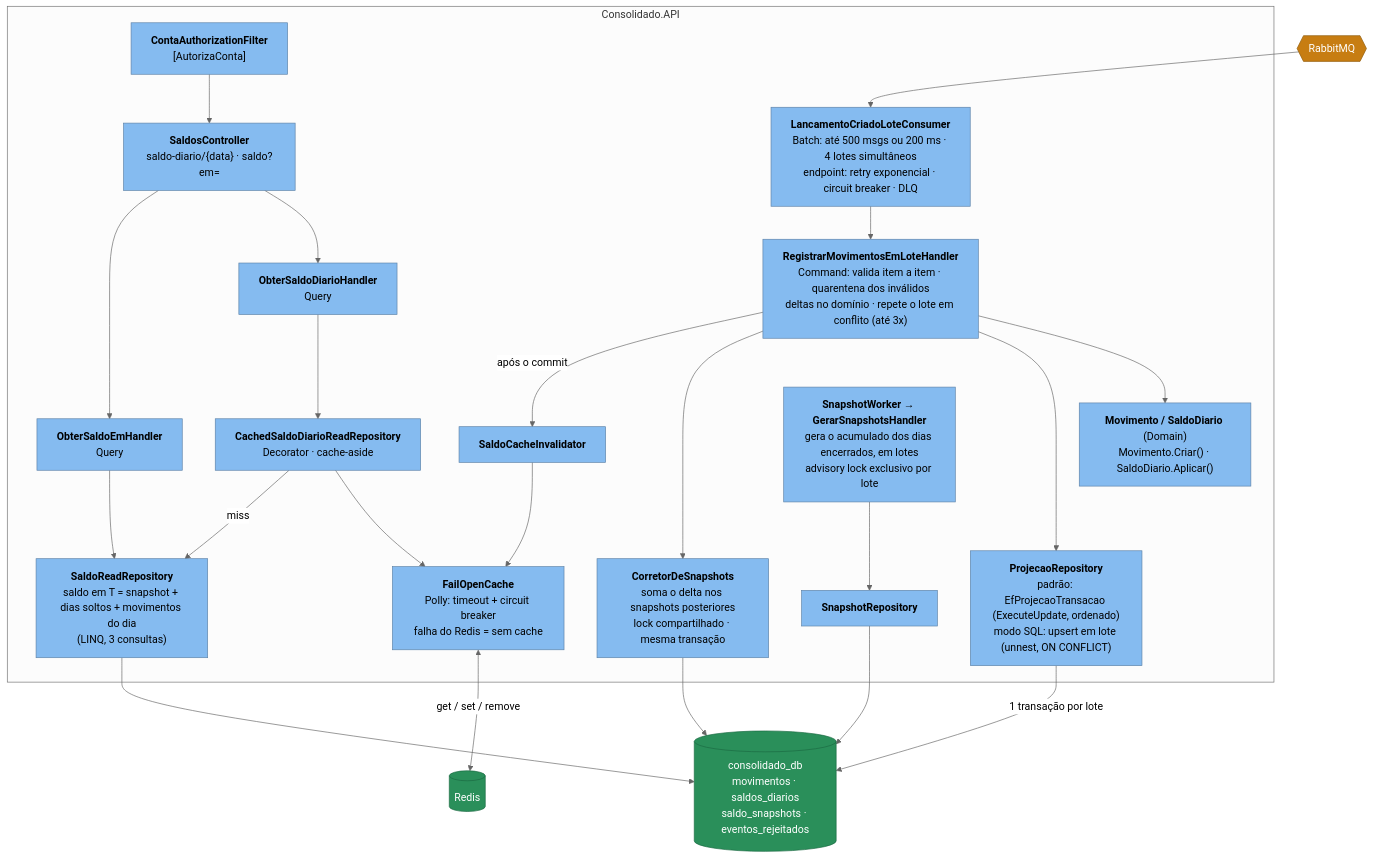
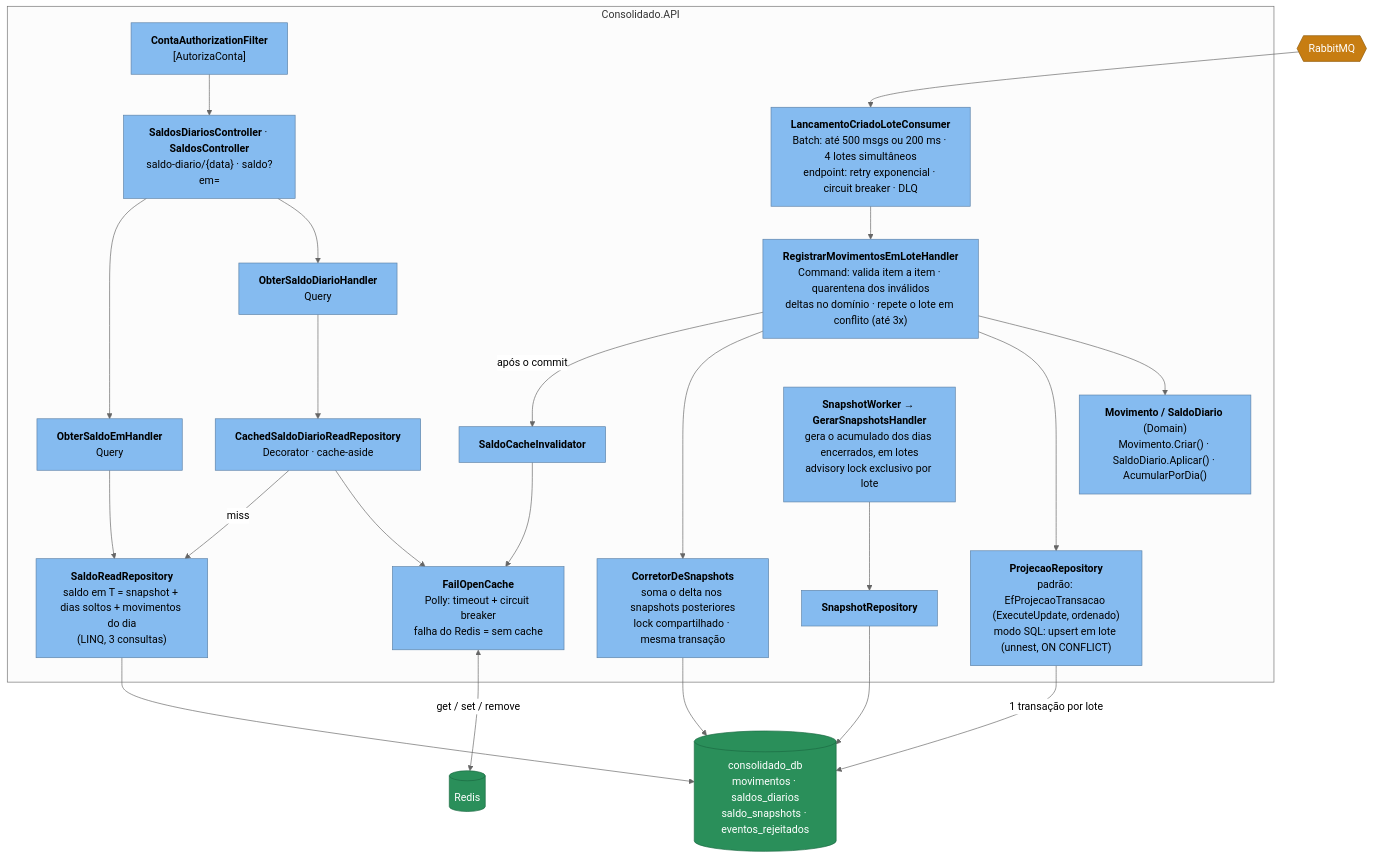
One commit to luisclaudiogp/desafio-verx changed the third of 3 diagrams in docs/c4/02-componentes.md. Above: the diagram before and after it, drawn with Mermaid (neutral theme). The commit also changed 45 other files, not shown here.

````diff
--- a/docs/c4/02-componentes.md
+++ b/docs/c4/02-componentes.md
@@ -94,42 +94,42 @@
 ```mermaid
 flowchart TB
     mq{{"RabbitMQ"}}
     subgraph api["Consolidado.API"]
         filtro["<b>ContaAuthorizationFilter</b><br/>[AutorizaConta]"]
         cons["<b>LancamentoCriadoLoteConsumer</b><br/>Batch: até 500 msgs ou 200 ms · 4 lotes simultâneos<br/>endpoint: retry exponencial · circuit breaker · DLQ"]
         proj["<b>RegistrarMovimentosEmLoteHandler</b><br/>Command: valida item a item · quarentena dos inválidos<br/>deltas no domínio · repete o lote em conflito (até 3x)"]
-        dom["<b>Movimento / SaldoDiario</b> (Domain)<br/>Movimento.Criar() · SaldoDiario.Aplicar()"]
+        dom["<b>Movimento / SaldoDiario</b> (Domain)<br/>Movimento.Criar() · SaldoDiario.Aplicar() · AcumularPorDia()"]
         repoP["<b>ProjecaoRepository</b><br/>padrão: EfProjecaoTransacao (ExecuteUpdate, ordenado)<br/>modo SQL: upsert em lote (unnest, ON CONFLICT)"]
         corr["<b>CorretorDeSnapshots</b><br/>soma o delta nos snapshots posteriores<br/>lock compartilhado · mesma transação"]
-        ctrl["<b>SaldosController</b><br/>saldo-diario/{data} · saldo?em="]
+        ctrl["<b>SaldosDiariosController</b> · <b>SaldosController</b><br/>saldo-diario/{data} · saldo?em="]
         qd["<b>ObterSaldoDiarioHandler</b><br/>Query"]
         qe["<b>ObterSaldoEmHandler</b><br/>Query"]
         cached["<b>CachedSaldoDiarioReadRepository</b><br/>Decorator · cache-aside"]
         inval["<b>SaldoCacheInvalidator</b>"]
         fo["<b>FailOpenCache</b><br/>Polly: timeout + circuit breaker<br/>falha do Redis = sem cache"]
         read["<b>SaldoReadRepository</b><br/>saldo em T = snapshot + dias soltos + movimentos do dia<br/>(LINQ, 3 consultas)"]
         snapw["<b>SnapshotWorker → GerarSnapshotsHandler</b><br/>gera o acumulado dos dias encerrados, em lotes<br/>advisory lock exclusivo por lote"]
         snapr["<b>SnapshotRepository</b>"]
     end
     db[("consolidado_db<br/>movimentos · saldos_diarios<br/>saldo_snapshots · eventos_rejeitados")]
     redis[("Redis")]
     mq --> cons --> proj
     proj --> dom
     proj --> repoP -- "1 transação por lote" --> db
     proj --> corr --> db
     proj -- "após o commit" --> inval --> fo
     filtro --> ctrl
     ctrl --> qd --> cached
     ctrl --> qe --> read
     cached --> fo
     cached -- "miss" --> read
     read --> db
     snapw --> snapr --> db
     fo <-- "get / set / remove" --> redis
     classDef c fill:#85bbf0,color:#000,stroke:#5d82a8
     classDef d fill:#2a8f5a,color:#fff,stroke:#1b6a42
     classDef qq fill:#c77d12,color:#fff,stroke:#8f5a0a
     class filtro,cons,proj,dom,repoP,corr,ctrl,qd,qe,cached,inval,fo,read,snapw,snapr c
     class db,redis d
     class mq qq
 ```
````
